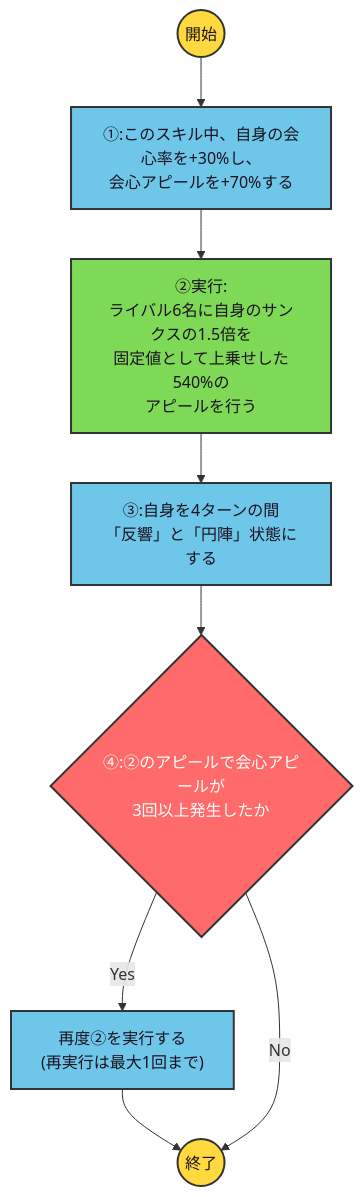
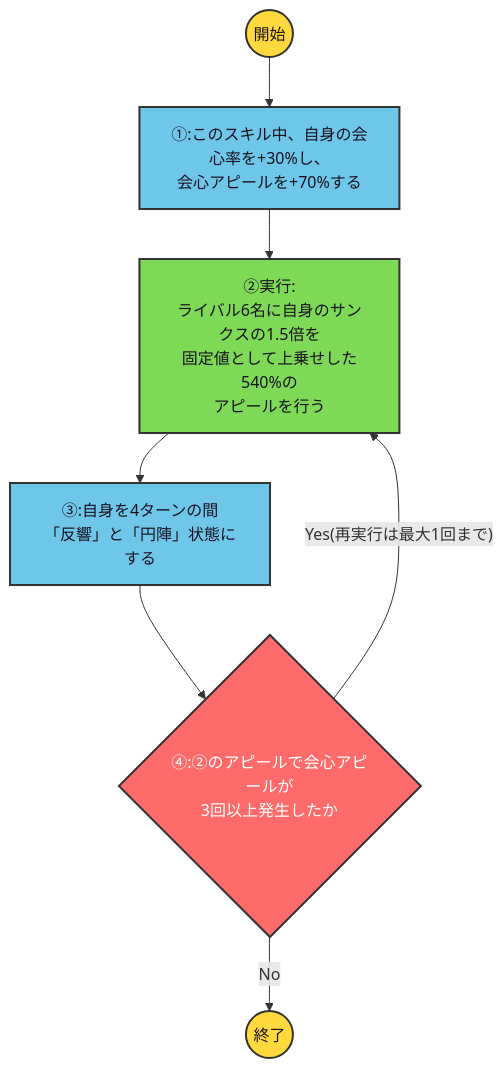
Before and after one commit to ryomochi0918/nogifra-characters: the diagram in data/umezawa_minami/kokonihanaimono_skill1.mmd, drawn with Mermaid. The commit also changed 20 other files, not shown here.

```diff
--- a/data/umezawa_minami/kokonihanaimono_skill1.mmd
+++ b/data/umezawa_minami/kokonihanaimono_skill1.mmd
@@ -1,12 +1,12 @@
 flowchart TD
     classDef startend fill:#FFD93D,stroke:#333,stroke-width:2px,color:#1a1220;
     classDef cond fill:#FF6B6B,stroke:#333,stroke-width:2px,color:#ffffff;
     classDef effect fill:#6EC6E8,stroke:#333,stroke-width:2px,color:#1a1220;
     classDef action fill:#7ED957,stroke:#333,stroke-width:2px,color:#1a1220;
 
     start(("開始")):::startend --> e1["①:このスキル中、自身の会心率を+30%し、<br/>会心アピールを+70%する"]:::effect --> a2
     a2["②実行:<br/>ライバル6名に自身のサンクスの1.5倍を<br/>固定値として上乗せした540%の<br/>アピールを行う"]:::action --> e3
     e3["③:自身を4ターンの間<br/>「反響」と「円陣」状態にする"]:::effect --> c4
     c4{"④:②のアピールで会心アピールが<br/>3回以上発生したか"}:::cond
-    c4 -->|"Yes"| e4["再度②を実行する<br/>(再実行は最大1回まで)"]:::effect --> finish(("終了")):::startend
-    c4 -->|"No"| finish
+    c4 -->|"Yes(再実行は最大1回まで)"| a2
+    c4 -->|"No"| finish(("終了")):::startend
```
